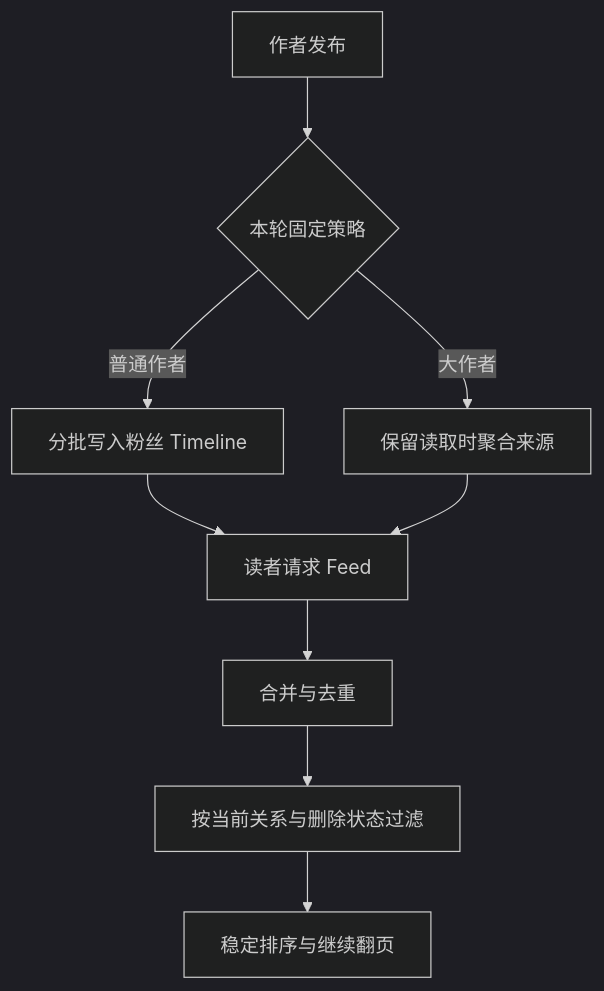
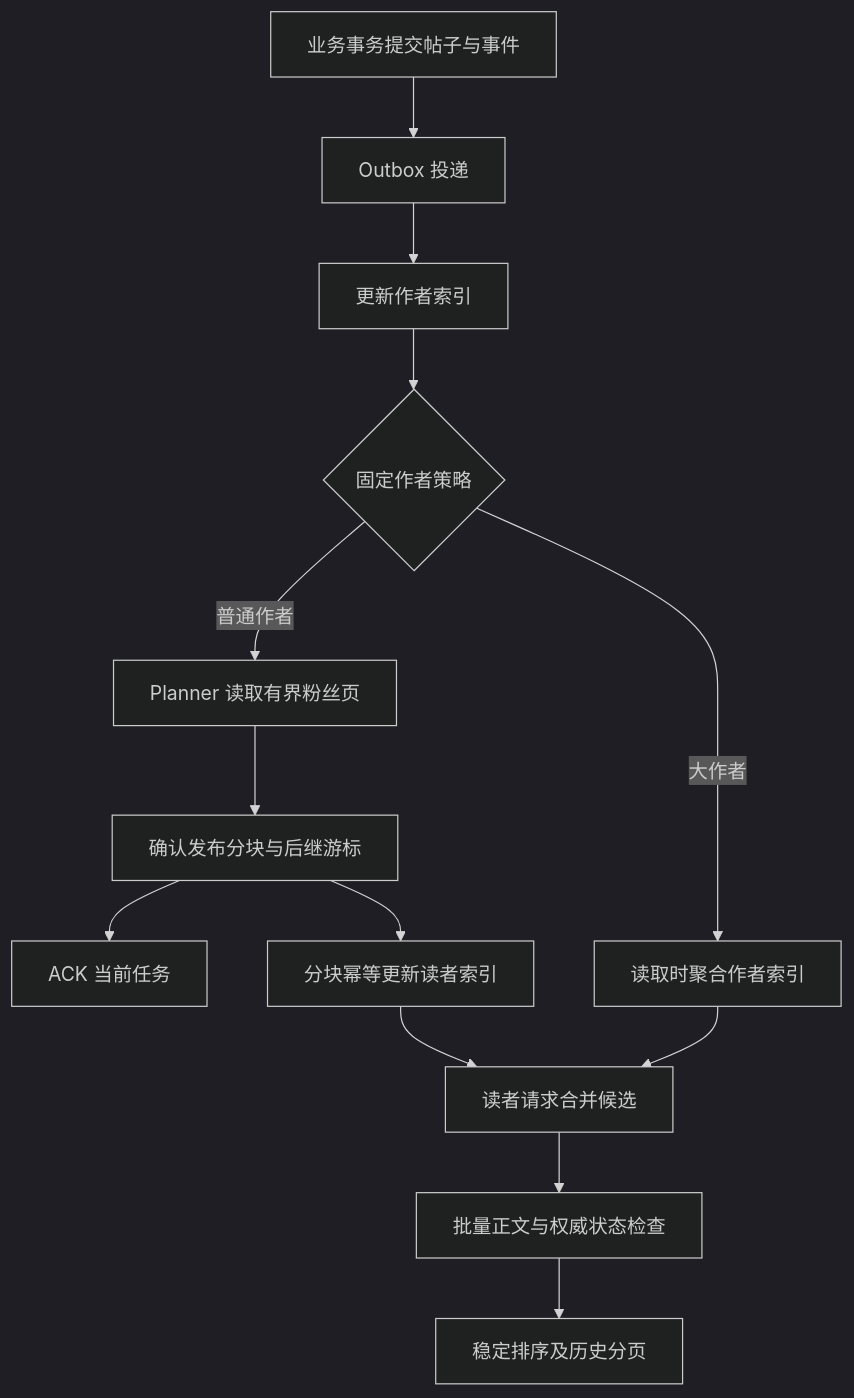
The diagram in docs/sprints/3-Feed推拉策略和分发控制.md (SCPZ24/NoteX), drawn with Mermaid (dark theme) before and after one commit. The commit also changed other lines of this file and 13 other files, not shown here.

````diff
--- a/docs/sprints/3-Feed推拉策略和分发控制.md
+++ b/docs/sprints/3-Feed推拉策略和分发控制.md
@@ -33,11 +44,15 @@
 ```mermaid
 flowchart TD
-    A[作者发布] --> B{本轮固定策略}
-    B -->|普通作者| C[分批写入粉丝 Timeline]
-    B -->|大作者| D[保留读取时聚合来源]
-    C --> E[读者请求 Feed]
-    D --> E
-    E --> F[合并与去重]
-    F --> G[按当前关系与删除状态过滤]
-    G --> H[稳定排序与继续翻页]
+    A[业务事务提交帖子与事件] --> B[Outbox 投递]
+    B --> C[更新作者索引]
+    C --> D{固定作者策略}
+    D -->|普通作者| E[Planner 读取有界粉丝页]
+    E --> F[确认发布分块与后继游标]
+    F --> G[ACK 当前任务]
+    F --> H[分块幂等更新读者索引]
+    D -->|大作者| I[读取时聚合作者索引]
+    H --> J[读者请求合并候选]
+    I --> J
+    J --> K[批量正文与权威状态检查]
+    K --> L[稳定排序及历史分页]
 ```
````
